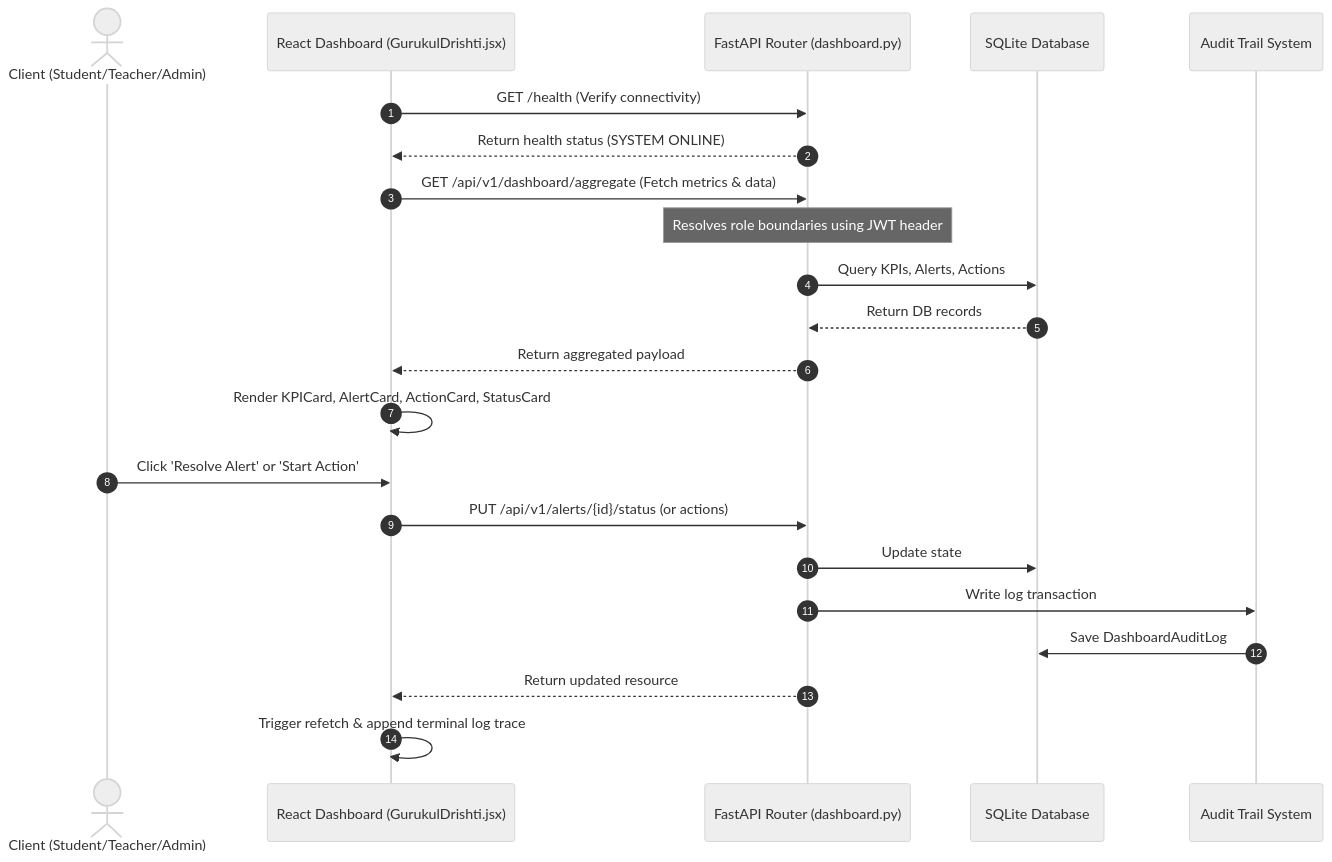
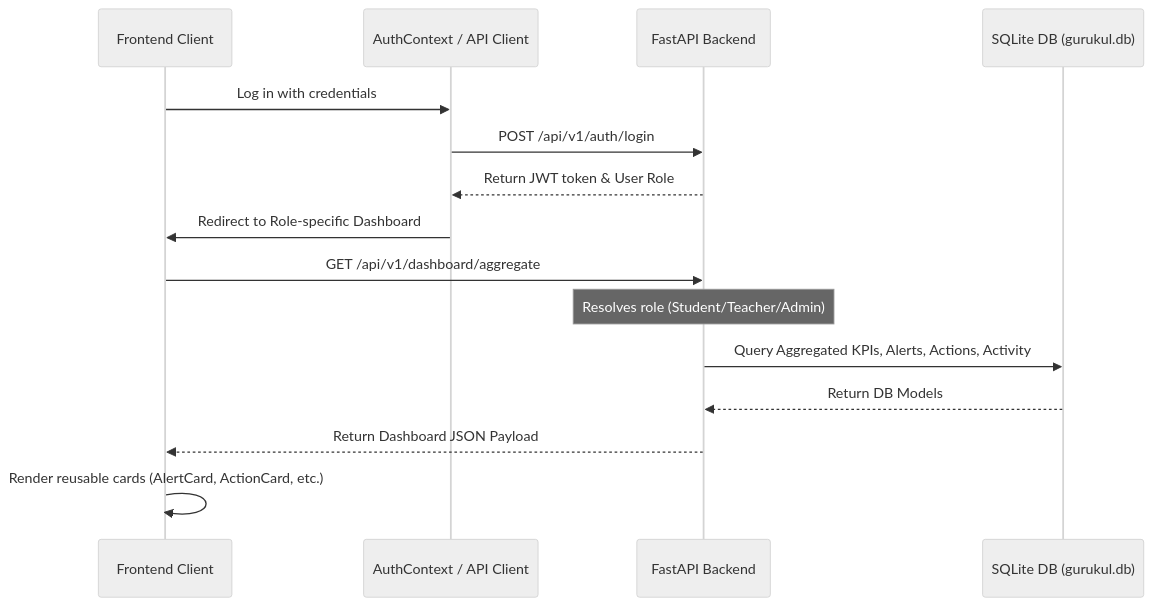
The diagram in REVIEW_PACKET.md (yashikart/gurukul-backend-), drawn with Mermaid (neutral theme) before and after one commit. The commit also changed other lines of this file and 3 other files, not shown here.

````diff
--- a/REVIEW_PACKET.md
+++ b/REVIEW_PACKET.md
@@ -22,27 +11,18 @@
 ```mermaid
 sequenceDiagram
-    autonumber
-    actor User as Client (Student/Teacher/Admin)
-    participant FE as React Dashboard (GurukulDrishti.jsx)
-    participant API as FastAPI Router (dashboard.py)
-    participant DB as SQLite Database
-    participant Audit as Audit Trail System
+    participant User as Frontend Client
+    participant Auth as AuthContext / API Client
+    participant API as FastAPI Backend
+    participant DB as SQLite DB (gurukul.db)
 
-    FE->>API: GET /health (Verify connectivity)
-    API-->>FE: Return health status (SYSTEM ONLINE)
-    
-    FE->>API: GET /api/v1/dashboard/aggregate (Fetch metrics & data)
-    note over API: Resolves role boundaries using JWT header
-    API->>DB: Query KPIs, Alerts, Actions
-    DB-->>API: Return DB records
-    API-->>FE: Return aggregated payload
-    FE->>FE: Render KPICard, AlertCard, ActionCard, StatusCard
-
-    User->>FE: Click 'Resolve Alert' or 'Start Action'
-    FE->>API: PUT /api/v1/alerts/{id}/status (or actions)
-    API->>DB: Update state
-    API->>Audit: Write log transaction
-    Audit->>DB: Save DashboardAuditLog
-    API-->>FE: Return updated resource
-    FE->>FE: Trigger refetch & append terminal log trace
+    User->>Auth: Log in with credentials
+    Auth->>API: POST /api/v1/auth/login
+    API-->>Auth: Return JWT token & User Role
+    Auth->>User: Redirect to Role-specific Dashboard
+    User->>API: GET /api/v1/dashboard/aggregate
+    Note over API: Resolves role (Student/Teacher/Admin)
+    API->>DB: Query Aggregated KPIs, Alerts, Actions, Activity
+    DB-->>API: Return DB Models
+    API-->>User: Return Dashboard JSON Payload
+    User->>User: Render reusable cards (AlertCard, ActionCard, etc.)
 ```
````
